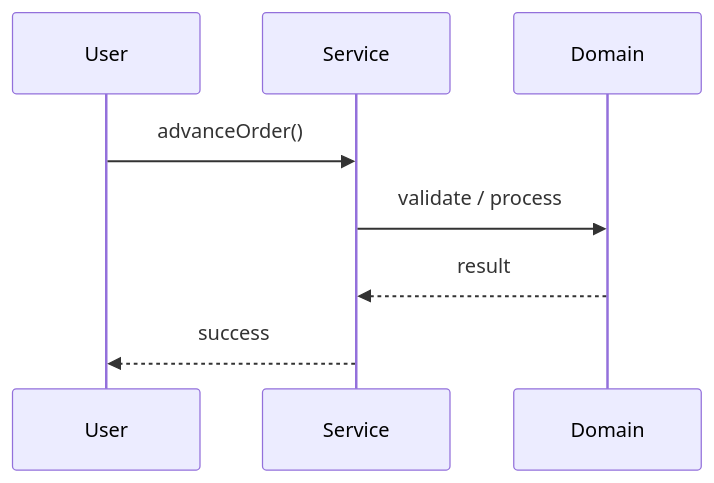
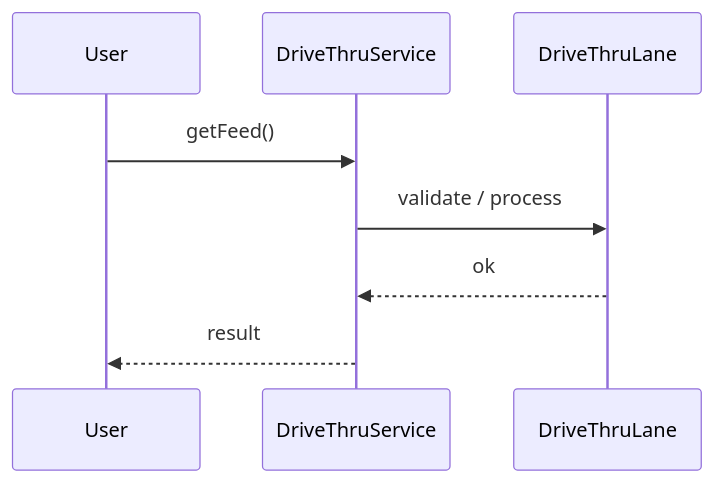
Before and after one commit to madhupaila/Interview-Prep-SSE: the second of 3 diagrams in Learn/System Design - Low Level Design/02-classic-ood/questions/Q53-drive-thru.md, drawn with Mermaid. The commit also changed other lines of this file and 491 other files, not shown here.

````diff
--- a/Learn/System Design - Low Level Design/02-classic-ood/questions/Q53-drive-thru.md
+++ b/Learn/System Design - Low Level Design/02-classic-ood/questions/Q53-drive-thru.md
@@ -121,10 +150,10 @@
 ```mermaid
 sequenceDiagram
-    participant U as User
-    participant S as Service
-    participant D as Domain
-    U->>S: advanceOrder()
-    S->>D: validate / process
-    D-->>S: result
-    S-->>U: success
+participant U as User
+participant S as DriveThruService
+participant D as DriveThruLane
+U->>S: getFeed()
+S->>D: validate / process
+D-->>S: ok
+S-->>U: result
 ```
````
